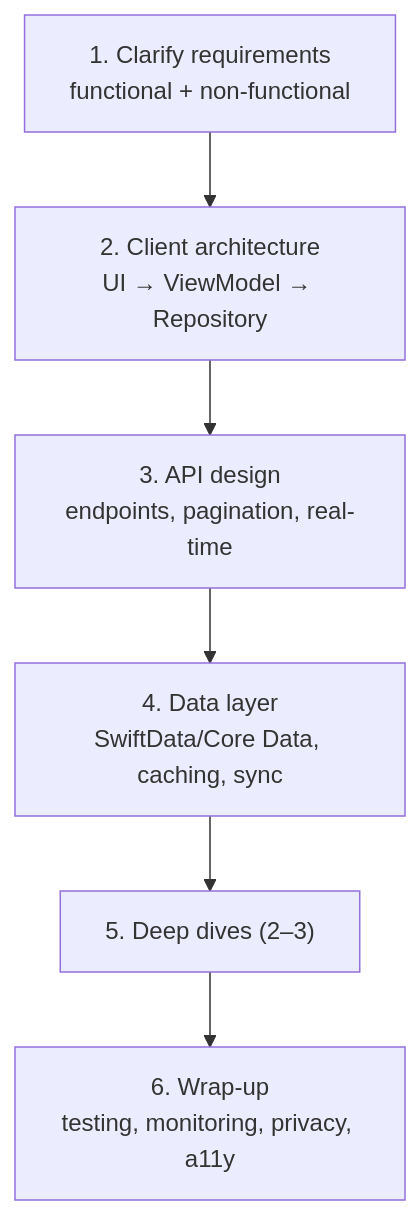
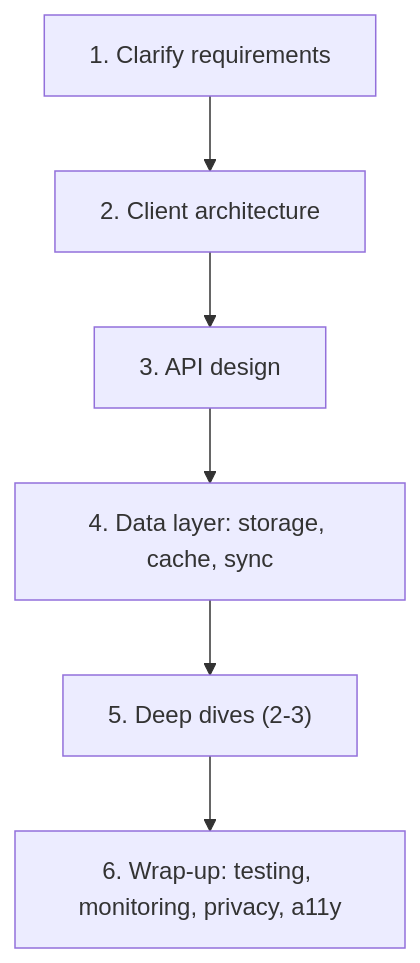
The first of 17 diagrams in topics/20-system-design.md (AkshayAshokCode/iOS-Interview-Questions-and-Answers), drawn with Mermaid before and after one commit. The commit also changed other lines of this file and 18 other files, not shown here.

````diff
--- a/topics/20-system-design.md
+++ b/topics/20-system-design.md
@@ -16,8 +20,8 @@
 ```mermaid
 flowchart TD
-    R["1. Clarify requirements<br/>functional + non-functional"] --> H["2. Client architecture<br/>UI → ViewModel → Repository"]
-    H --> A["3. API design<br/>endpoints, pagination, real-time"]
-    A --> D["4. Data layer<br/>SwiftData/Core Data, caching, sync"]
-    D --> DD["5. Deep dives (2–3)"]
-    DD --> W["6. Wrap-up<br/>testing, monitoring, privacy, a11y"]
+    R["1. Clarify requirements"] --> H["2. Client architecture"]
+    H --> A["3. API design"]
+    A --> D["4. Data layer: storage, cache, sync"]
+    D --> DD["5. Deep dives (2-3)"]
+    DD --> W["6. Wrap-up: testing, monitoring, privacy, a11y"]
 ```
````
